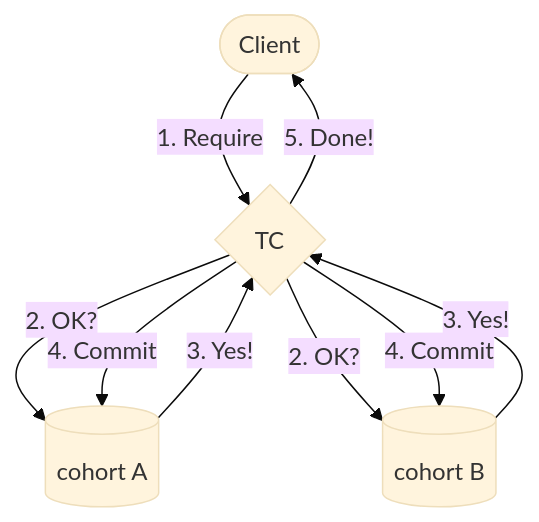
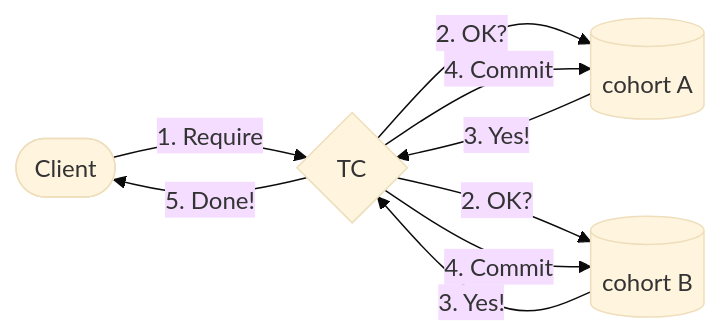
One commit to Carricaner/carricaner.github.io changed the first of 4 diagrams in two-pc-intro/index.md. Above: the diagram before and after it, drawn with Mermaid (base theme). The commit also changed other lines of this file and 2 other files, not shown here.

```diff
--- a/two-pc-intro/index.md
+++ b/two-pc-intro/index.md
@@ -73,11 +73,11 @@
 {{< mermaid >}}
-graph TD;
+graph LR;
    A([Client])-->|1. Require| B{TC}
    B-->|2. OK?| C[(cohort A)]
    B-->|2. OK?| D[(cohort B)]
    C-->|3. Yes!| B
    D-->|3. Yes!| B
    B-->|4. Commit| C
    B-->|4. Commit| D
    B-->|5. Done!| A
 {{< /mermaid >}}
```
